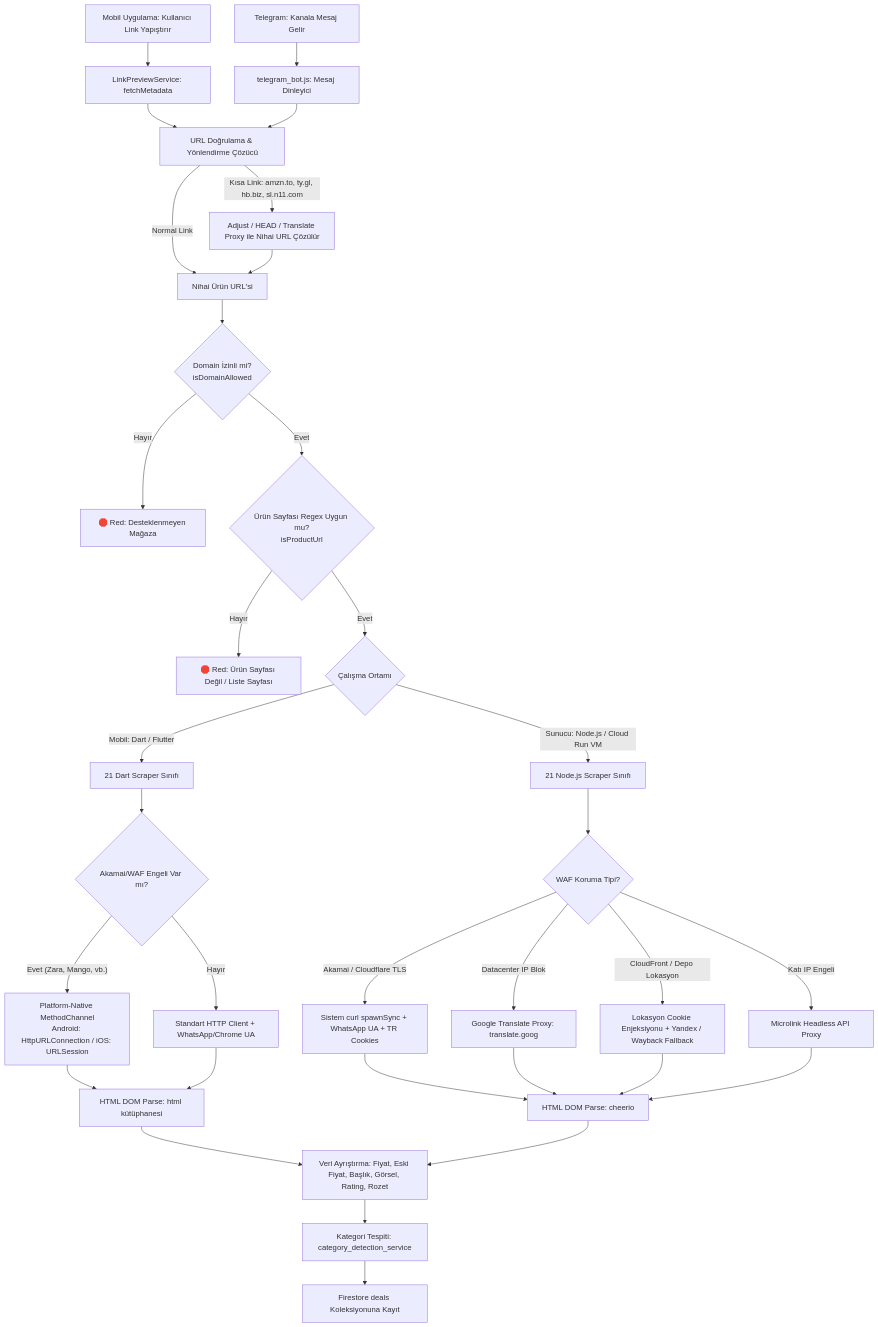
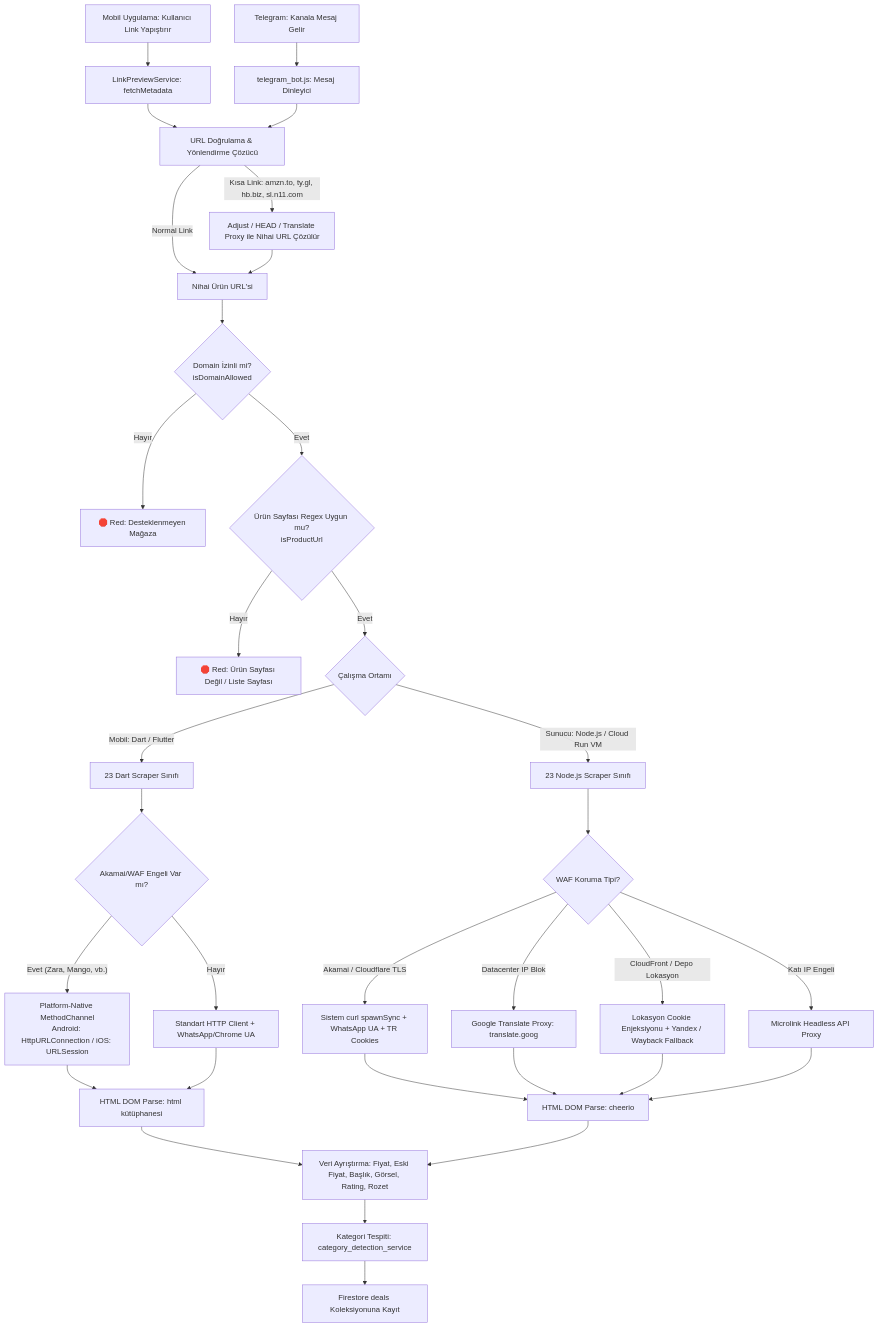
One commit to gky61/s-cak-f-rsatlar changed the diagram in documentation/scraping-ve-botlar/scraping_mimarisi_rehberi.md. Above: the diagram before and after it, drawn with Mermaid. The commit also changed other lines of this file and 71 other files, not shown here.

````diff
--- a/documentation/scraping-ve-botlar/scraping_mimarisi_rehberi.md
+++ b/documentation/scraping-ve-botlar/scraping_mimarisi_rehberi.md
@@ -38,49 +38,49 @@
 ```mermaid
 graph TD
     %% Giriş Noktaları
     A1[Mobil Uygulama: Kullanıcı Link Yapıştırır] --> B1[LinkPreviewService: fetchMetadata]
     A2[Telegram: Kanala Mesaj Gelir] --> B2[telegram_bot.js: Mesaj Dinleyici]
     
     %% URL Çözümleme
     B1 --> C[URL Doğrulama & Yönlendirme Çözücü]
     B2 --> C
     
     C -->|Kısa Link: amzn.to, ty.gl, hb.biz, sl.n11.com| D[Adjust / HEAD / Translate Proxy ile Nihai URL Çözülür]
     C -->|Normal Link| E[Nihai Ürün URL'si]
     D --> E
     
     %% İzin ve Kural Kontrolleri
     E --> F{Domain İzinli mi?\nisDomainAllowed}
     F -- Hayır --> X1[🛑 Red: Desteklenmeyen Mağaza]
     F -- Evet --> G{Ürün Sayfası Regex Uygun mu?\nisProductUrl}
     G -- Hayır --> X2[🛑 Red: Ürün Sayfası Değil / Liste Sayfası]
     
     %% Motor Seçimi
     G -- Evet --> H{Çalışma Ortamı}
     
     %% İstemci Motoru
-    H -->|Mobil: Dart / Flutter| I[21 Dart Scraper Sınıfı]
+    H -->|Mobil: Dart / Flutter| I[23 Dart Scraper Sınıfı]
     I --> J{Akamai/WAF Engeli Var mı?}
     J -- Evet (Zara, Mango, vb.) --> K[Platform-Native MethodChannel\nAndroid: HttpURLConnection / iOS: URLSession]
     J -- Hayır --> L[Standart HTTP Client + WhatsApp/Chrome UA]
     K --> M[HTML DOM Parse: html kütüphanesi]
     L --> M
     
     %% Sunucu Motoru
-    H -->|Sunucu: Node.js / Cloud Run VM| N[21 Node.js Scraper Sınıfı]
+    H -->|Sunucu: Node.js / Cloud Run VM| N[23 Node.js Scraper Sınıfı]
     N --> O{WAF Koruma Tipi?}
     O -->|Akamai / Cloudflare TLS| P[Sistem curl spawnSync + WhatsApp UA + TR Cookies]
     O -->|Datacenter IP Blok| Q[Google Translate Proxy: translate.goog]
     O -->|CloudFront / Depo Lokasyon| R[Lokasyon Cookie Enjeksiyonu + Yandex / Wayback Fallback]
     O -->|Katı IP Engeli| S[Microlink Headless API Proxy]
     P --> T[HTML DOM Parse: cheerio]
     Q --> T
     R --> T
     S --> T
     
     %% Ortak Zenginleştirme
     M --> U[Veri Ayrıştırma: Fiyat, Eski Fiyat, Başlık, Görsel, Rating, Rozet]
     T --> U
     U --> V[Kategori Tespiti: category_detection_service]
     V --> W[Firestore deals Koleksiyonuna Kayıt]
 ```
````
